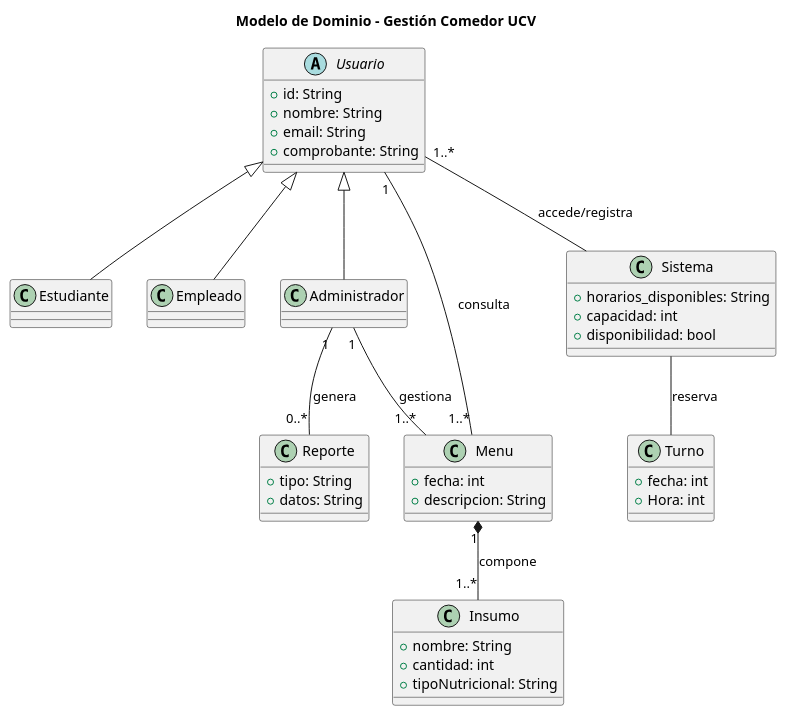
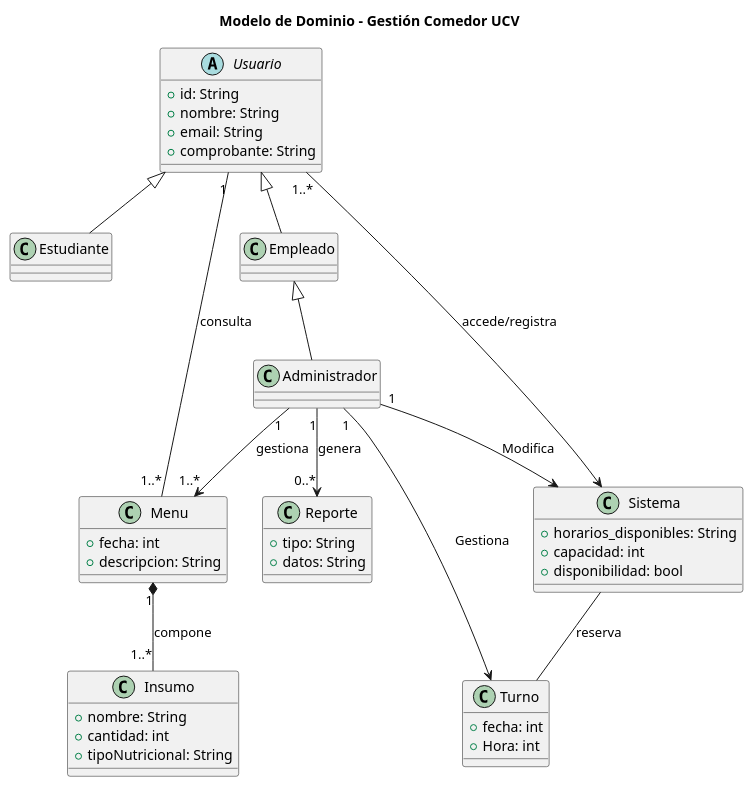
Before and after one commit to GodotCoffee28/PROYECTO-INGENIERIA-2025: the diagram in main/docs/modelo_dominio/modelo_dominio.puml, drawn with PlantUML.

Commit message:
Update modelo_de_dominio

```diff
--- a/main/docs/modelo_dominio/modelo_dominio.puml
+++ b/main/docs/modelo_dominio/modelo_dominio.puml
@@ -1,51 +1,53 @@
 @startuml
 title Modelo de Dominio - Gestión Comedor UCV
 
 abstract class Usuario {
   + id: String
   + nombre: String
   + email: String
   + comprobante: String
 }
 
 class Estudiante extends Usuario
 class Empleado extends Usuario
-class Administrador extends Usuario
+class Administrador extends Empleado
 
 class Menu {
   + fecha: int
   + descripcion: String
 }
 
 class Insumo {
   + nombre: String
   + cantidad: int
   + tipoNutricional: String
 }
 
 class Sistema {
   + horarios_disponibles: String
   + capacidad: int
   + disponibilidad: bool
 }
 
 /'nota, con disponibilidad me refiero a si ese usuario pude o no optar por un turno, en base a que si por ejemplo comio un desayuno y el amineto es limitado, puede o no permitircele optar por un cupo pasra comer el almuerzo, esto depende meramete de la disponibilidad elos aimentos y deriva en Turno (lo dejo como una relacion simple porque hay un sistema en cada dispositivo, que apesar de ser el mismo funciona poe ceparado, y este recerva un tuno) (como tal es un condiocional)'/
 
 class Turno {
   + fecha: int
   + Hora: int
 }
 
 class Reporte {
   + tipo: String
   + datos: String
 }
 
 Menu "1" *-- "1..*" Insumo : compone
-Administrador "1" -- "1..*" Menu : gestiona
-Usuario "1..*" -- Sistema : accede/registra
+Administrador "1" --> "1..*" Menu : gestiona
+Usuario "1..*" --> Sistema : accede/registra
 Sistema -- Turno : reserva
 Usuario "1" -- "1..*" Menu : consulta
-Administrador "1" -- "0..*" Reporte : genera
+Administrador "1" --> "0..*" Reporte : genera
+Administrador "1" --> Turno : Gestiona
+Administrador "1" --> Sistema : Modifica
 
 @enduml
```
